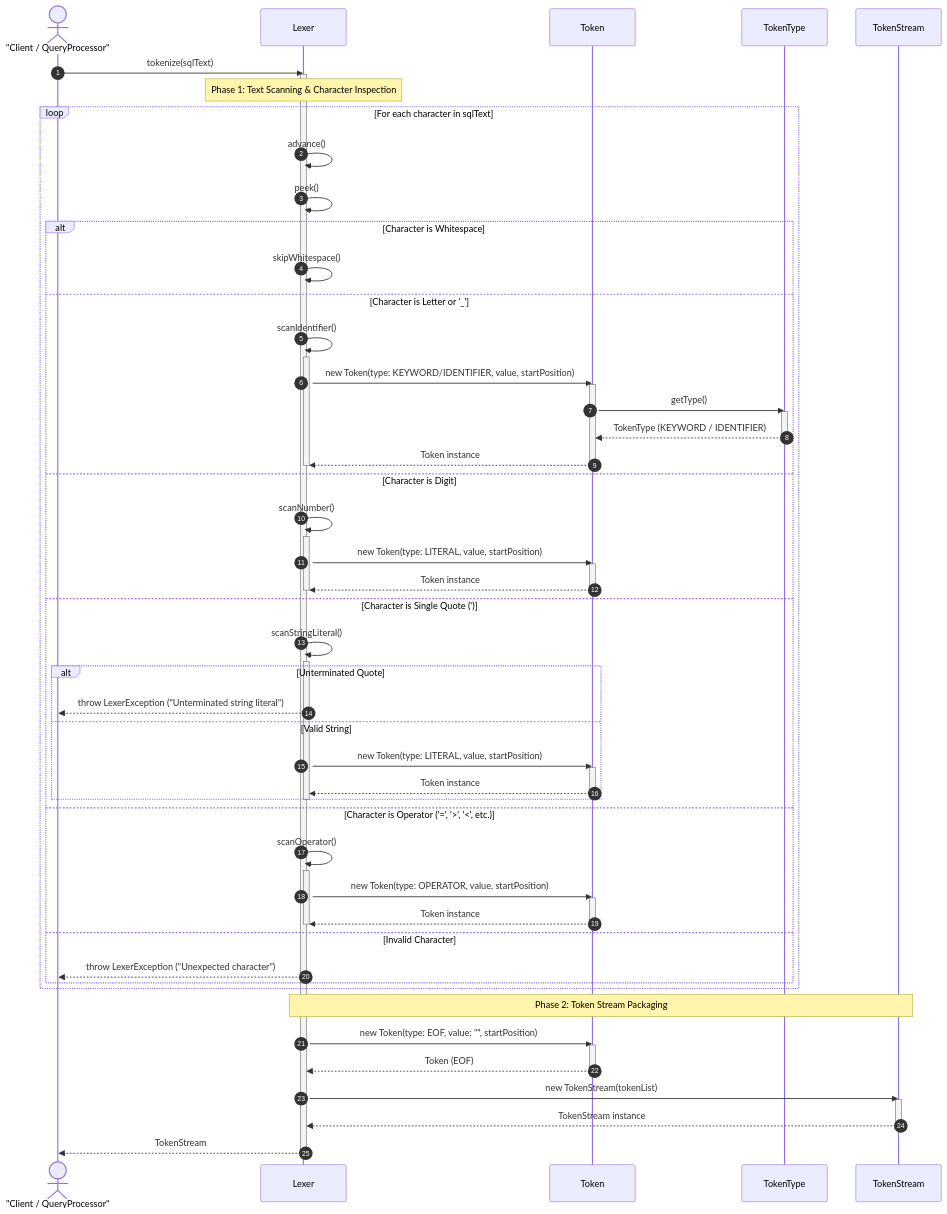
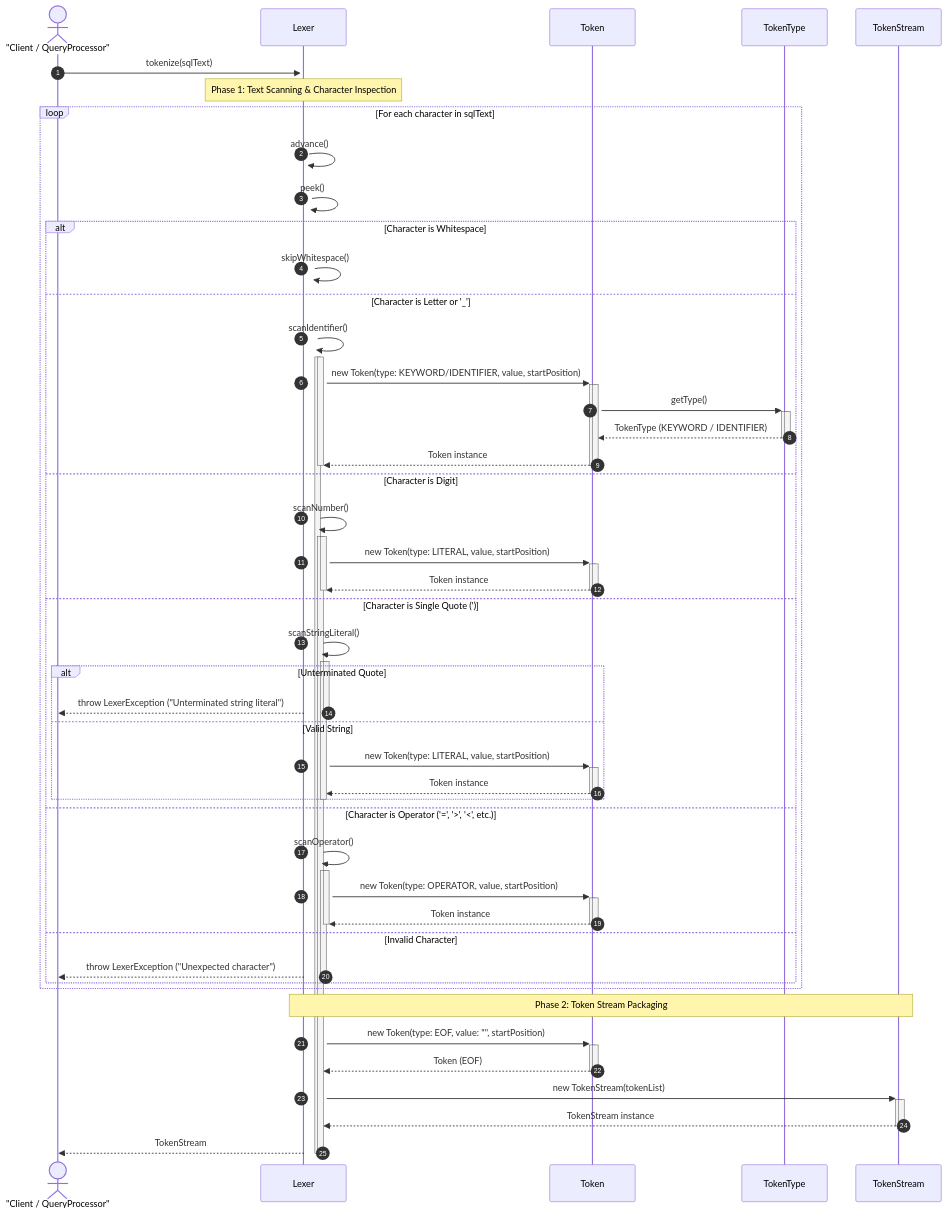
The diagram in docs/sequece_diagram/query_processor/detail/Lexer.md (Dikhang1112/Database_Management_BBV), drawn with Mermaid before and after one commit. The commit also changed 12 other files, not shown here.

Commit message:
Refactor sequece diagram

````diff
--- a/docs/sequece_diagram/query_processor/detail/Lexer.md
+++ b/docs/sequece_diagram/query_processor/detail/Lexer.md
@@ -1,78 +1,78 @@
 ```mermaid
 sequenceDiagram
     autonumber
     actor Client as "Client / QueryProcessor"
     participant Lexer as Lexer
     participant Token as Token
     participant TokenType as TokenType
     participant TS as TokenStream
 
-    Client->>Lexer: tokenize(sqlText)
+    Client->>+Lexer: tokenize(sqlText)
     activate Lexer
 
     Note over Lexer: Phase 1: Text Scanning & Character Inspection
     loop For each character in sqlText
-        Lexer->>Lexer: advance()
-        Lexer->>Lexer: peek()
+        Lexer->>+Lexer: advance()
+        Lexer->>+Lexer: peek()
         
         alt Character is Whitespace
-            Lexer->>Lexer: skipWhitespace()
+            Lexer->>+Lexer: skipWhitespace()
         else Character is Letter or '_'
-            Lexer->>Lexer: scanIdentifier()
+            Lexer->>+Lexer: scanIdentifier()
             activate Lexer
-            Lexer->>Token: new Token(type: KEYWORD/IDENTIFIER, value, startPosition)
+            Lexer->>+Token: new Token(type: KEYWORD/IDENTIFIER, value, startPosition)
             activate Token
-            Token->>TokenType: getType()
+            Token->>+TokenType: getType()
             activate TokenType
-            TokenType-->>Token: TokenType (KEYWORD / IDENTIFIER)
+            TokenType-->>-Token: TokenType (KEYWORD / IDENTIFIER)
             deactivate TokenType
-            Token-->>Lexer: Token instance
+            Token-->>-Lexer: Token instance
             deactivate Token
             deactivate Lexer
         else Character is Digit
-            Lexer->>Lexer: scanNumber()
+            Lexer->>+Lexer: scanNumber()
             activate Lexer
-            Lexer->>Token: new Token(type: LITERAL, value, startPosition)
+            Lexer->>+Token: new Token(type: LITERAL, value, startPosition)
             activate Token
-            Token-->>Lexer: Token instance
+            Token-->>-Lexer: Token instance
             deactivate Token
             deactivate Lexer
         else Character is Single Quote (')
-            Lexer->>Lexer: scanStringLiteral()
+            Lexer->>+Lexer: scanStringLiteral()
             activate Lexer
             alt Unterminated Quote
-                Lexer-->>Client: throw LexerException ("Unterminated string literal")
+                Lexer-->>-Client: throw LexerException ("Unterminated string literal")
             else Valid String
-                Lexer->>Token: new Token(type: LITERAL, value, startPosition)
+                Lexer->>+Token: new Token(type: LITERAL, value, startPosition)
                 activate Token
-                Token-->>Lexer: Token instance
+                Token-->>-Lexer: Token instance
                 deactivate Token
             end
             deactivate Lexer
         else Character is Operator ('=', '>', '<', etc.)
-            Lexer->>Lexer: scanOperator()
+            Lexer->>+Lexer: scanOperator()
             activate Lexer
-            Lexer->>Token: new Token(type: OPERATOR, value, startPosition)
+            Lexer->>+Token: new Token(type: OPERATOR, value, startPosition)
             activate Token
-            Token-->>Lexer: Token instance
+            Token-->>-Lexer: Token instance
             deactivate Token
             deactivate Lexer
         else Invalid Character
-            Lexer-->>Client: throw LexerException ("Unexpected character")
+            Lexer-->>-Client: throw LexerException ("Unexpected character")
         end
     end
 
     Note over Lexer, TS: Phase 2: Token Stream Packaging
-    Lexer->>Token: new Token(type: EOF, value: "", startPosition)
+    Lexer->>+Token: new Token(type: EOF, value: "", startPosition)
     activate Token
-    Token-->>Lexer: Token (EOF)
+    Token-->>-Lexer: Token (EOF)
     deactivate Token
 
-    Lexer->>TS: new TokenStream(tokenList)
+    Lexer->>+TS: new TokenStream(tokenList)
     activate TS
-    TS-->>Lexer: TokenStream instance
+    TS-->>-Lexer: TokenStream instance
     deactivate TS
 
-    Lexer-->>Client: TokenStream
+    Lexer-->>-Client: TokenStream
     deactivate Lexer
 ```
````
